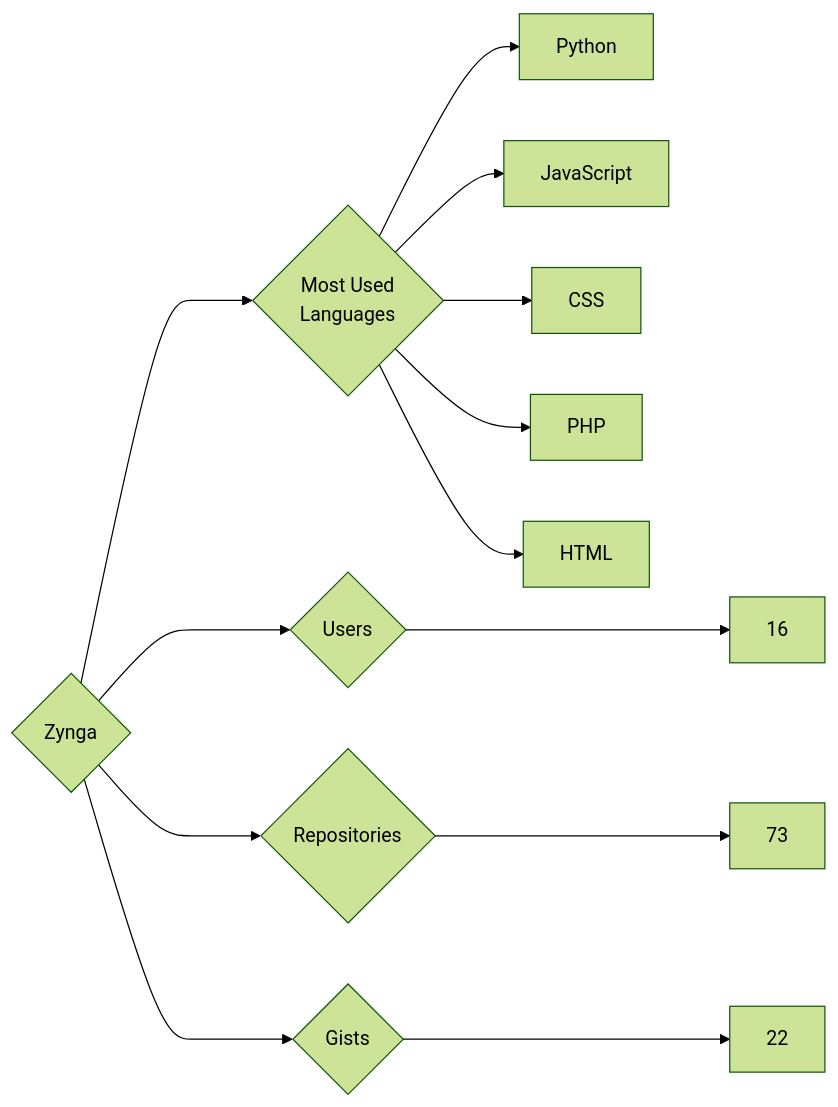
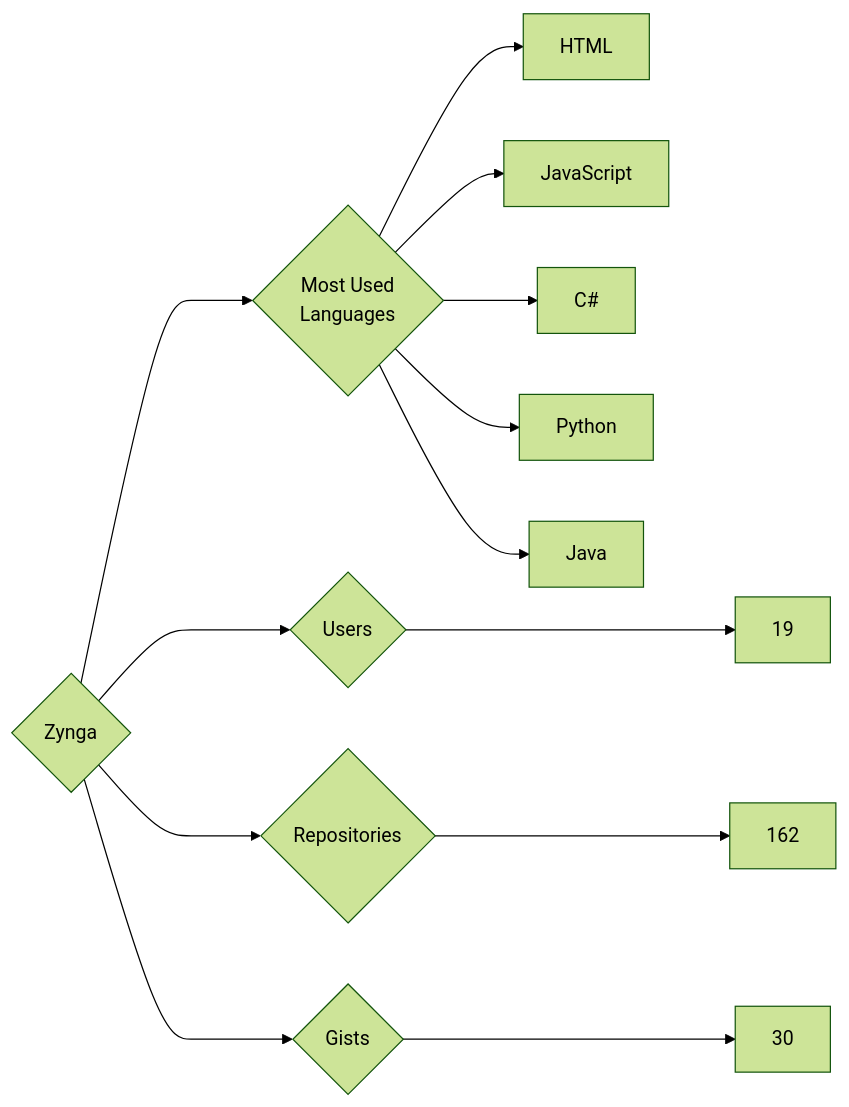
One commit to trickest/insiders changed the diagram in targets/Zynga/README.md. Above: the diagram before and after it, drawn with Mermaid (forest theme). The commit also changed 995 other files, not shown here.

````diff
--- a/targets/Zynga/README.md
+++ b/targets/Zynga/README.md
@@ -3,13 +3,13 @@
 ```mermaid
 graph LR
 COMPANY_NAME{Zynga}
-COMPANY_NAME ---> U{Users} ---> UN[16]
-COMPANY_NAME ---> R{Repositories} ---> RN[73]
-COMPANY_NAME ---> G{Gists} ---> GN[22]
+COMPANY_NAME ---> U{Users} ---> UN[19]
+COMPANY_NAME ---> R{Repositories} ---> RN[162]
+COMPANY_NAME ---> G{Gists} ---> GN[30]
 COMPANY_NAME ---> ML{Most Used<br>Languages}
+ML --> HTML[HTML]
+ML --> JavaScript[JavaScript]
+ML --> C#[C#]
 ML --> Python[Python]
-ML --> JavaScript[JavaScript]
-ML --> CSS[CSS]
-ML --> PHP[PHP]
-ML --> HTML[HTML]
+ML --> Java[Java]
 ```
````
